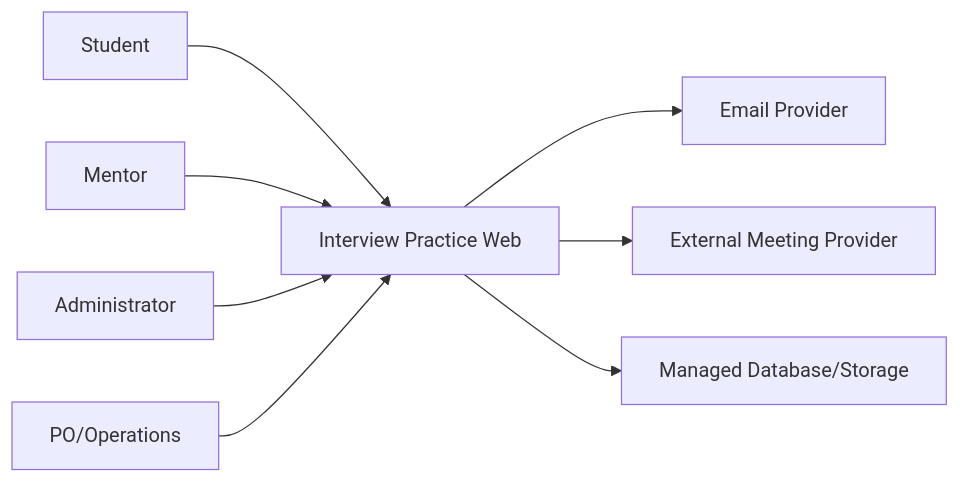
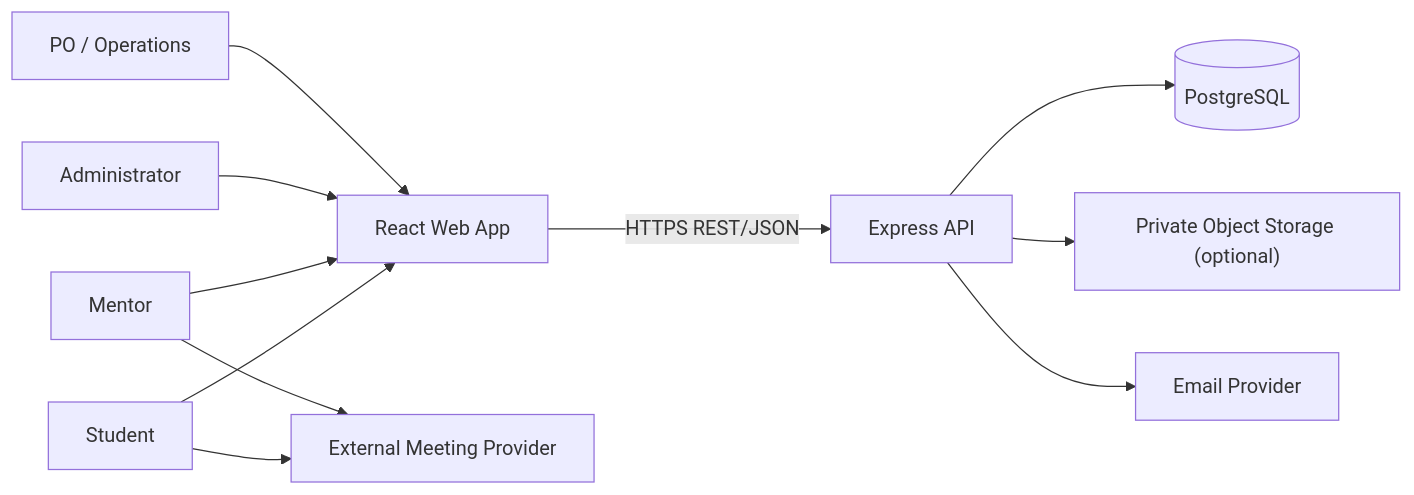
The first of 4 diagrams in docs/Project_Architecture/software_architecture.md (tnnhuaa/InterviewQuestionBank), drawn with Mermaid before and after one commit. The commit also changed other lines of this file and 3 other files, not shown here.

Commit message:
docs(architecture): define stack and reliability decisions

````diff
--- a/docs/Project_Architecture/software_architecture.md
+++ b/docs/Project_Architecture/software_architecture.md
@@ -69,10 +81,13 @@
 ```mermaid
 flowchart LR
-    Student["Student"] --> Web["Interview Practice Web"]
-    Mentor["Mentor"] --> Web
-    Admin["Administrator"] --> Web
-    Web --> Email["Email Provider"]
-    Web --> Meet["External Meeting Provider"]
-    Web --> Store["Managed Database/Storage"]
-    Sponsor["PO/Operations"] --> Web
+    Student["Student"] --> FE["React Web App"]
+    Mentor["Mentor"] --> FE
+    Admin["Administrator"] --> FE
+    Sponsor["PO / Operations"] --> FE
+    FE -->|"HTTPS REST/JSON"| API["Express API"]
+    API --> DB[("PostgreSQL")]
+    API --> Obj["Private Object Storage (optional)"]
+    API --> Email["Email Provider"]
+    Student --> Meet["External Meeting Provider"]
+    Mentor --> Meet
 ```
````
